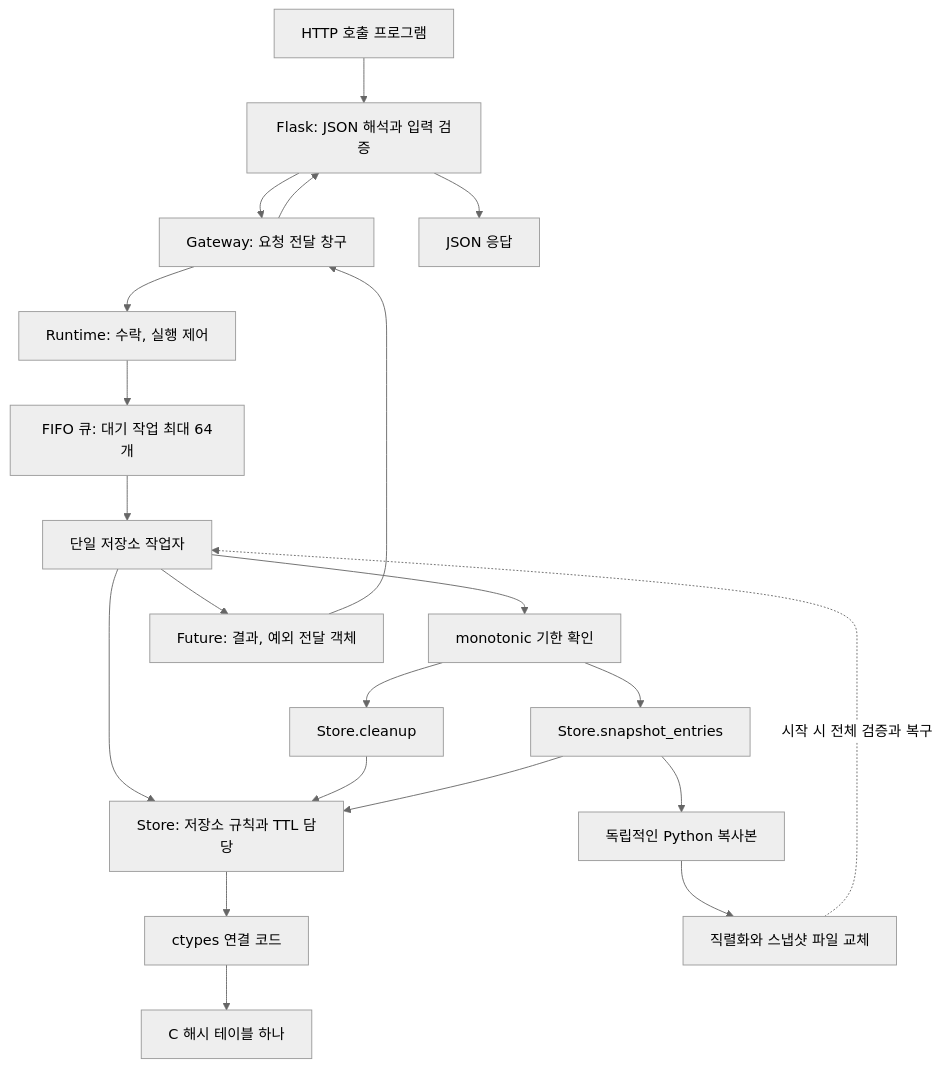
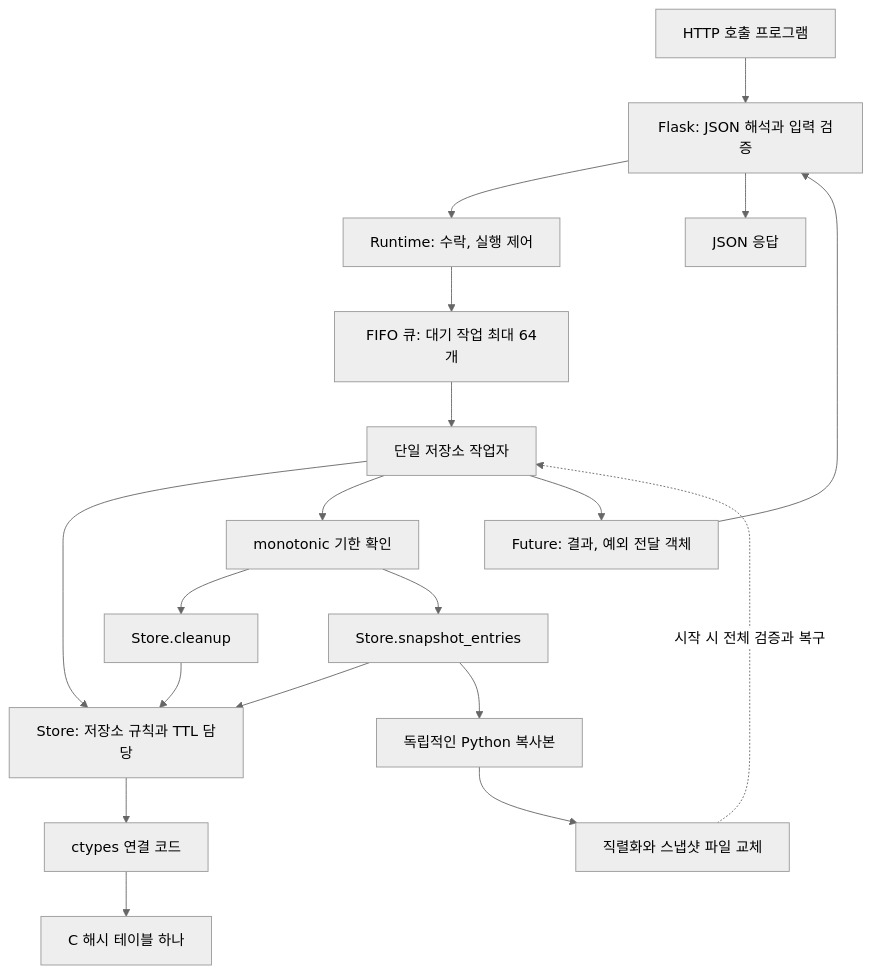
Before and after one commit to NARi3040/KJG-SW-AI-W11-Redis: the diagram in docs/planning.md, drawn with Mermaid (neutral theme). The commit also changed other lines of this file and 5 other files, not shown here.

````diff
--- a/docs/planning.md
+++ b/docs/planning.md
@@ -66,23 +67,21 @@
 ```mermaid
 flowchart TD
     Client[HTTP 호출 프로그램] --> HTTP[Flask: JSON 해석과 입력 검증]
-    HTTP --> Gateway[Gateway: 요청 전달 창구]
-    Gateway --> Runtime[Runtime: 수락, 실행 제어]
+    HTTP --> Runtime[Runtime: 수락, 실행 제어]
     Runtime --> Queue[FIFO 큐: 대기 작업 최대 64개]
     Queue --> Worker[단일 저장소 작업자]
     Worker --> Store[Store: 저장소 규칙과 TTL 담당]
     Store --> Binding[ctypes 연결 코드]
     Binding --> Table[C 해시 테이블 하나]
     Worker --> Timer[monotonic 기한 확인]
     Timer --> Cleanup[Store.cleanup]
     Cleanup --> Store
     Timer --> Snapshot[Store.snapshot_entries]
     Snapshot --> Store
     Snapshot --> Copy[독립적인 Python 복사본]
     Copy --> File[직렬화와 스냅샷 파일 교체]
     File -. 시작 시 전체 검증과 복구 .-> Worker
     Worker --> Future[Future: 결과, 예외 전달 객체]
-    Future --> Gateway
-    Gateway --> HTTP
+    Future --> HTTP
     HTTP --> Response[JSON 응답]
 ```
````
